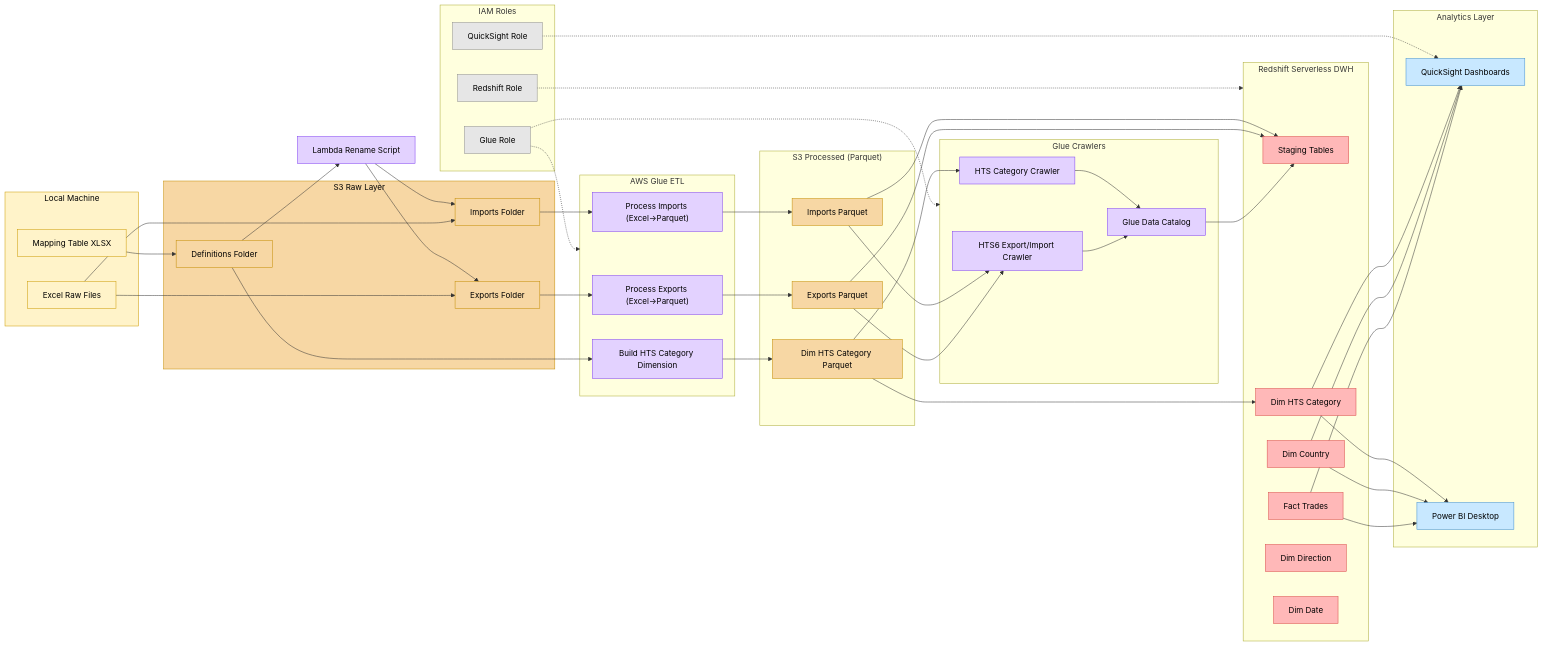
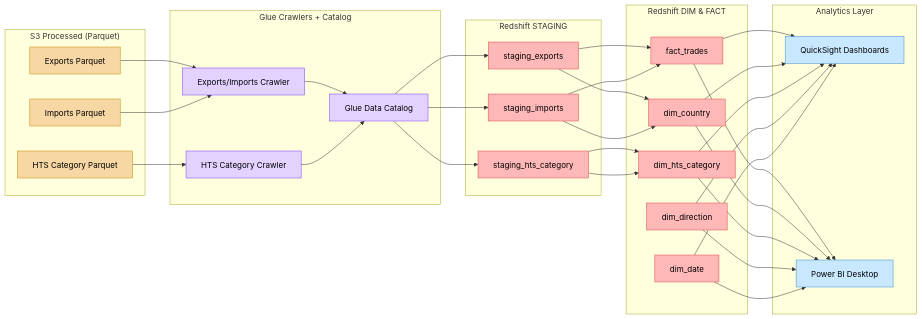
Before and after one commit to salihsezen/us-trade-tariff-impact-analysis: the diagram in System-Architecture.md, drawn with Mermaid.

````diff
--- a/System-Architecture.md
+++ b/System-Architecture.md
@@ -9,108 +9,72 @@
 classDef iam fill:#e6e6e6,stroke:#8d8d8d,stroke-width:1px,color:#000;
 classDef local fill:#fff3c9,stroke:#cc9a00,stroke-width:1px,color:#000;
 
-%% ---------- LOCAL ----------
-subgraph LOCAL["Local Machine"]
-  A1["Excel Raw Files"]
-  A2["Mapping Table XLSX"]
-end
-class LOCAL,A1,A2 local;
-
-%% ---------- S3 RAW ----------
-subgraph S3RAW["S3 Raw Layer"]
-  B1["Exports Folder"]
-  B2["Imports Folder"]
-  B3["Definitions Folder"]
-end
-class S3RAW,B1,B2,B3 s3;
-
-A1 --> B1
-A1 --> B2
-A2 --> B3
-
-%% ---------- LAMBDA RENAME ----------
-L1["Lambda Rename Script"]
-class L1 glue;
-B3 --> L1
-L1 --> B1
-L1 --> B2
-
-%% ---------- GLUE ETL ----------
-subgraph GLUE["AWS Glue ETL"]
-  G1["Process Exports (Excel→Parquet)"]
-  G2["Process Imports (Excel→Parquet)"]
-  G3["Build HTS Category Dimension"]
-end
-class GLUE,G1,G2,G3 glue;
-
-B1 --> G1
-B2 --> G2
-B3 --> G3
-
 %% ---------- S3 PROCESSED ----------
 subgraph S3PROC["S3 Processed (Parquet)"]
   P1["Exports Parquet"]
   P2["Imports Parquet"]
-  P3["Dim HTS Category Parquet"]
+  P3["HTS Category Parquet"]
 end
 class P1,P2,P3 s3;
 
-G1 --> P1
-G2 --> P2
-G3 --> P3
-
 %% ---------- CRAWLERS ----------
-subgraph CRAWLERS["Glue Crawlers"]
-  C1["HTS6 Export/Import Crawler"]
+subgraph CRAWLERS["Glue Crawlers + Catalog"]
+  C1["Exports/Imports Crawler"]
   C2["HTS Category Crawler"]
   CAT["Glue Data Catalog"]
 end
-class CRAWLERS,C1,C2,CAT glue;
+class C1,C2,CAT glue;
 
 P1 --> C1 --> CAT
 P2 --> C1
 P3 --> C2 --> CAT
 
-%% ---------- REDSHIFT ----------
-subgraph REDSHIFT["Redshift Serverless DWH"]
-  R1["Staging Tables"]
-  R2["Fact Trades"]
-  R3["Dim Country"]
-  R4["Dim HTS Category"]
-  R5["Dim Direction"]
-  R6["Dim Date"]
+%% ---------- REDSHIFT STAGING ----------
+subgraph STG["Redshift STAGING"]
+  R1["staging_exports"]
+  R2["staging_imports"]
+  R3["staging_hts_category"]
 end
-class REDSHIFT,R1,R2,R3,R4,R5,R6 redshift;
+class R1,R2,R3 redshift;
 
 CAT --> R1
-P1 --> R1
-P2 --> R1
-P3 --> R4
+CAT --> R2
+CAT --> R3
 
-%% ---------- BI ----------
+%% ---------- REDSHIFT DIM/FACT ----------
+subgraph CORE["Redshift DIM & FACT"]
+  D1["dim_country"]
+  D2["dim_hts_category"]
+  D3["dim_direction"]
+  D4["dim_date"]
+  F1["fact_trades"]
+end
+class D1,D2,D3,D4,F1 redshift;
+
+R1 --> F1
+R2 --> F1
+R3 --> D2
+
+R1 --> D1
+R2 --> D1
+R3 --> D2
+
+%% ---------- BI LAYER ----------
 subgraph BI["Analytics Layer"]
   Q1["QuickSight Dashboards"]
   PB1["Power BI Desktop"]
 end
 class Q1,PB1 bi;
 
-R2 --> Q1
-R2 --> PB1
-R3 --> Q1
-R3 --> PB1
-R4 --> Q1
-R4 --> PB1
-
-%% ---------- IAM ----------
-subgraph IAM["IAM Roles"]
-  IAM1["Glue Role"]
-  IAM2["Redshift Role"]
-  IAM3["QuickSight Role"]
-end
-class IAM1,IAM2,IAM3 iam;
-
-IAM1 -.-> GLUE
-IAM1 -.-> CRAWLERS
-IAM2 -.-> REDSHIFT
-IAM3 -.-> Q1
+%% FACT + DIM → BI
+F1 --> Q1
+F1 --> PB1
+D1 --> Q1
+D1 --> PB1
+D2 --> Q1
+D2 --> PB1
+D3 --> Q1
+D3 --> PB1
+D4 --> Q1
+D4 --> PB1
 ```
````
